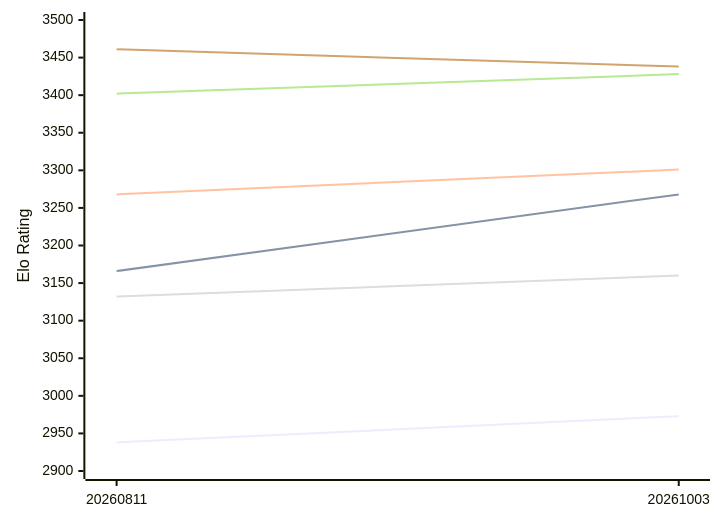
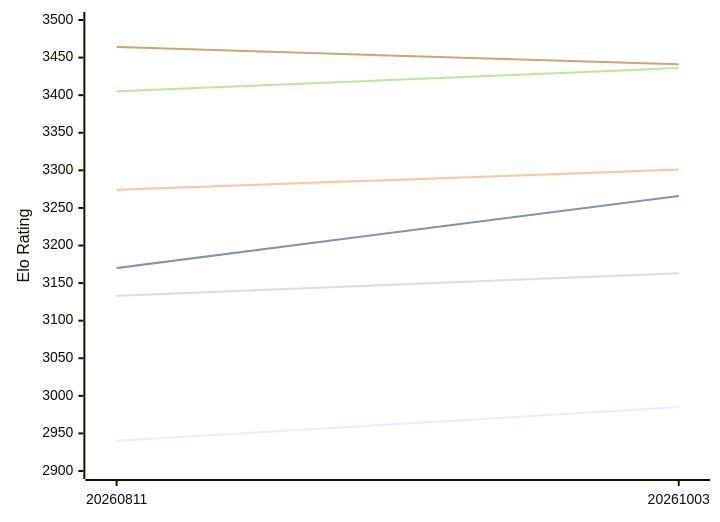
The first of 2 diagrams in engines/Askaig.md (computer-chess-index/cci), drawn with Mermaid before and after one commit. The commit also changed other lines of this file, not shown here.

Commit message:
Update CCI Ratings (ELO VLTC) - 2026-10-17

````diff
--- a/engines/Askaig.md
+++ b/engines/Askaig.md
@@ -52,12 +52,12 @@
 ```mermaid
 %%{init: {"theme":"base","themeVariables":{"seriesColors:['#a3a3a3','#222221','#faa371']}}}%%
 xychart-beta
   x-axis ["20260811", "20261003"]
   y-axis "Elo Rating" 2900 --> 3500
-  line "E1: STC (8.0+0.08s)" [2938, 2973]
-  line "E1: LTC (60.0+0.60s)" [3166, 3268]
-  line "E1: VLTC (2m24s+1.12s)" [3268, 3301]
-  line "P1: STC (8.0+0.08s)" [3132, 3160]
-  line "P1: LTC (60.0+0.60s)" [3402, 3428]
-  line "P1: VLTC (2m24s+1.12s)" [3461, 3438]
+  line "E1: STC (8.0+0.08s)" [2940, 2985]
+  line "E1: LTC (60.0+0.60s)" [3170, 3266]
+  line "E1: VLTC (2m24s+1.12s)" [3274, 3301]
+  line "P1: STC (8.0+0.08s)" [3133, 3163]
+  line "P1: LTC (60.0+0.60s)" [3405, 3436]
+  line "P1: VLTC (2m24s+1.12s)" [3464, 3441]
 ```
````
